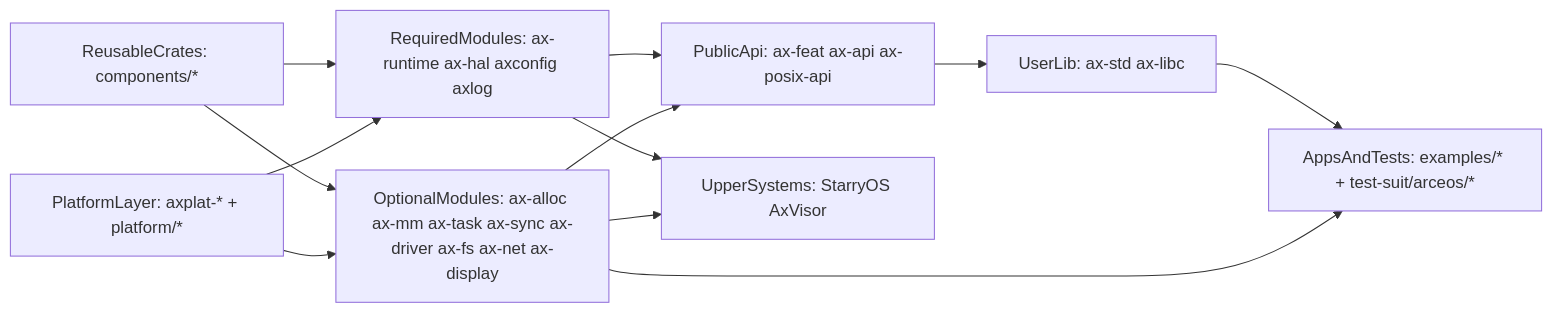
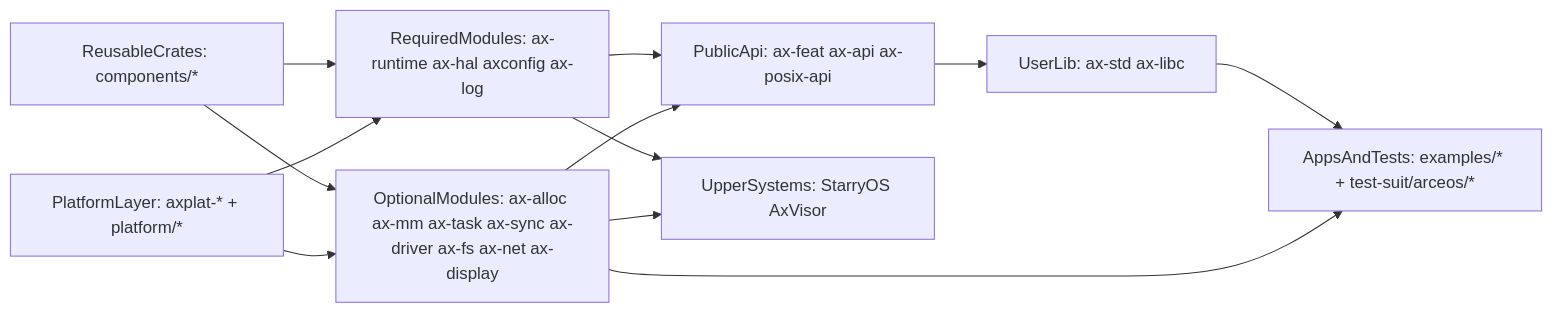
Before and after one commit to zKurisu/tgoskits: the first of 5 diagrams in docs/arceos-internals.md, drawn with Mermaid. The commit also changed other lines of this file and 44 other files, not shown here.

Commit message:
rename axlog to ax-log

````diff
--- a/docs/arceos-internals.md
+++ b/docs/arceos-internals.md
@@ -36,23 +36,23 @@
 ```mermaid
 flowchart LR
     reusableCrates["ReusableCrates: components/*"]
     platformLayer["PlatformLayer: axplat-* + platform/*"]
-    requiredModules["RequiredModules: ax-runtime ax-hal axconfig axlog"]
+    requiredModules["RequiredModules: ax-runtime ax-hal axconfig ax-log"]
     optionalModules["OptionalModules: ax-alloc ax-mm ax-task ax-sync ax-driver ax-fs ax-net ax-display"]
     publicApi["PublicApi: ax-feat ax-api ax-posix-api"]
     userLib["UserLib: ax-std ax-libc"]
     appsAndTests["AppsAndTests: examples/* + test-suit/arceos/*"]
     upperSystems["UpperSystems: StarryOS AxVisor"]
 
     reusableCrates --> requiredModules
     reusableCrates --> optionalModules
     platformLayer --> requiredModules
     platformLayer --> optionalModules
     requiredModules --> publicApi
     optionalModules --> publicApi
     publicApi --> userLib
     userLib --> appsAndTests
     optionalModules --> appsAndTests
     requiredModules --> upperSystems
     optionalModules --> upperSystems
 ```
````
